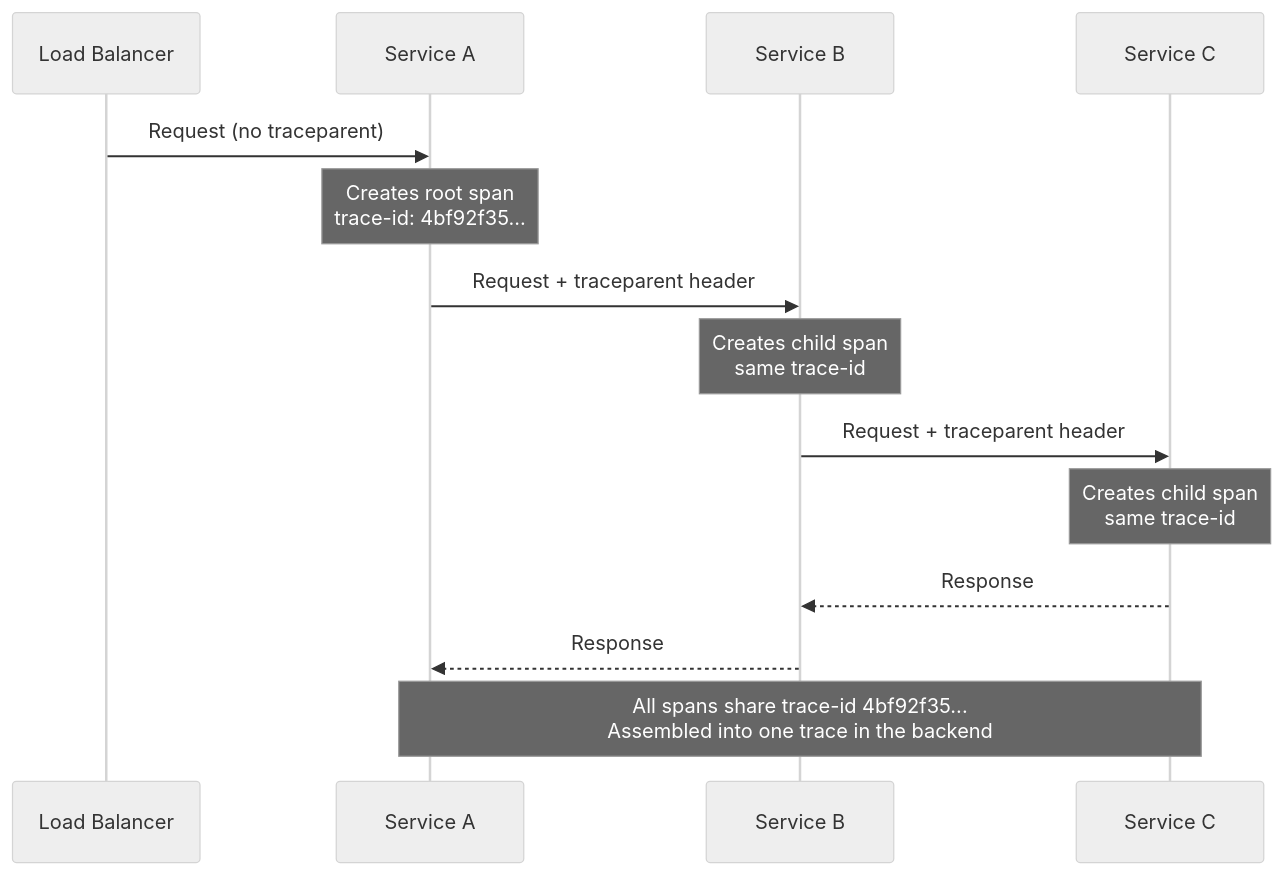
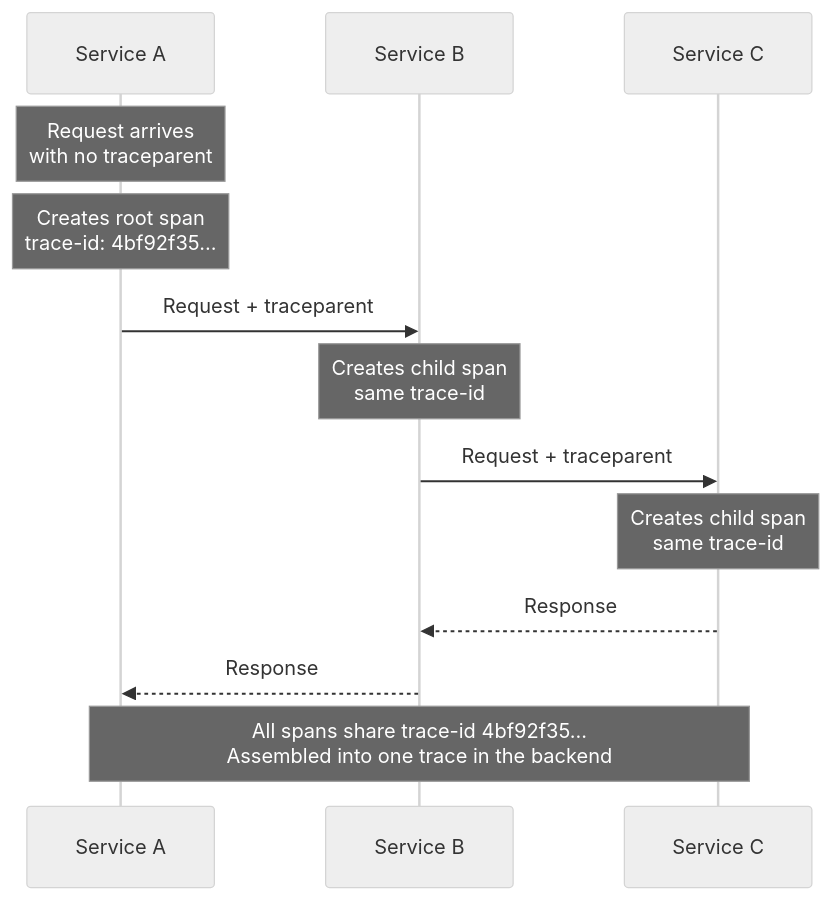
The diagram in content/guides/otel-context-propagation.md (radra23/scryops-site), drawn with Mermaid (neutral theme) before and after one commit. The commit also changed 49 other files, not shown here.

First line of the commit message:
fix(diagrams): fit the 18 live Mermaid diagrams that panned under the 12/14 floor

```diff
--- a/content/guides/otel-context-propagation.md
+++ b/content/guides/otel-context-propagation.md
@@ -16,17 +16,16 @@
 {{< mermaid caption="Fig. — The traceparent header carries one trace-id hop by hop, so spans created by every service in the chain assemble into a single trace instead of orphaned fragments." >}}
 sequenceDiagram
-    participant LB as Load Balancer
     participant A as Service A
     participant B as Service B
     participant C as Service C
 
-    LB->>A: Request (no traceparent)
+    Note over A: Request arrives<br/>with no traceparent
     Note over A: Creates root span<br/>trace-id: 4bf92f35...
-    A->>B: Request + traceparent header
+    A->>B: Request + traceparent
     Note over B: Creates child span<br/>same trace-id
-    B->>C: Request + traceparent header
+    B->>C: Request + traceparent
     Note over C: Creates child span<br/>same trace-id
     C-->>B: Response
     B-->>A: Response
     Note over A,C: All spans share trace-id 4bf92f35...<br/>Assembled into one trace in the backend
 {{< /mermaid >}}
```
